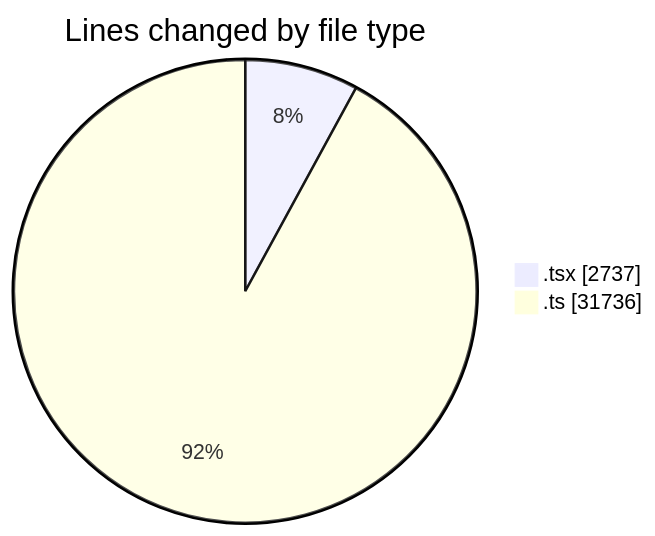
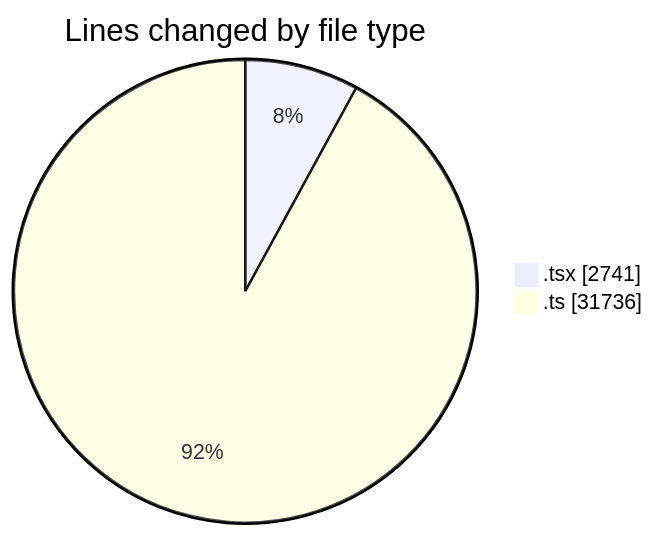
Before and after one commit to momahboobian/code-tracking: the first of 2 diagrams in 2025-07-07/cda/README.md, drawn with Mermaid. The commit also changed other lines of this file and 1 other file, not shown here.

````diff
--- a/2025-07-07/cda/README.md
+++ b/2025-07-07/cda/README.md
@@ -28,6 +28,6 @@
 ```mermaid
 pie showData
 title Lines changed by file type
-".tsx" : 2737
+".tsx" : 2741
 ".ts" : 31736
 ```
````
